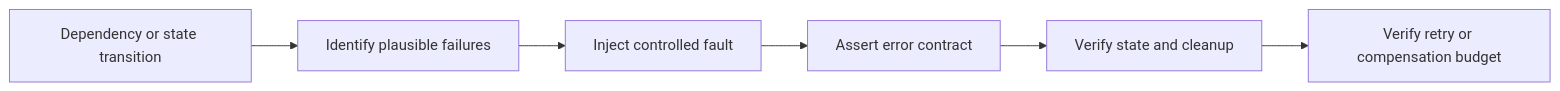
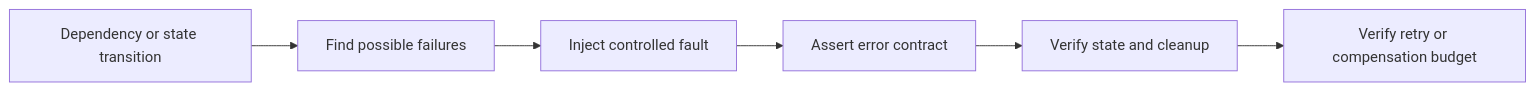
The diagram in docs/principles/details/p028-test-failure-paths.md (HomericIntelligence/Athena), drawn with Mermaid before and after one commit. The commit also changed other lines of this file and 91 other files, not shown here.

````diff
--- a/docs/principles/details/p028-test-failure-paths.md
+++ b/docs/principles/details/p028-test-failure-paths.md
@@ -35,8 +36,8 @@
 ```mermaid
 flowchart LR
-    Boundary["Dependency or state transition"] --> Failures["Identify plausible failures"]
+    Boundary["Dependency or state transition"] --> Failures["Find possible failures"]
     Failures --> Inject["Inject controlled fault"]
     Inject --> Result["Assert error contract"]
     Result --> State["Verify state and cleanup"]
     State --> Budget["Verify retry or compensation budget"]
 ```
````
